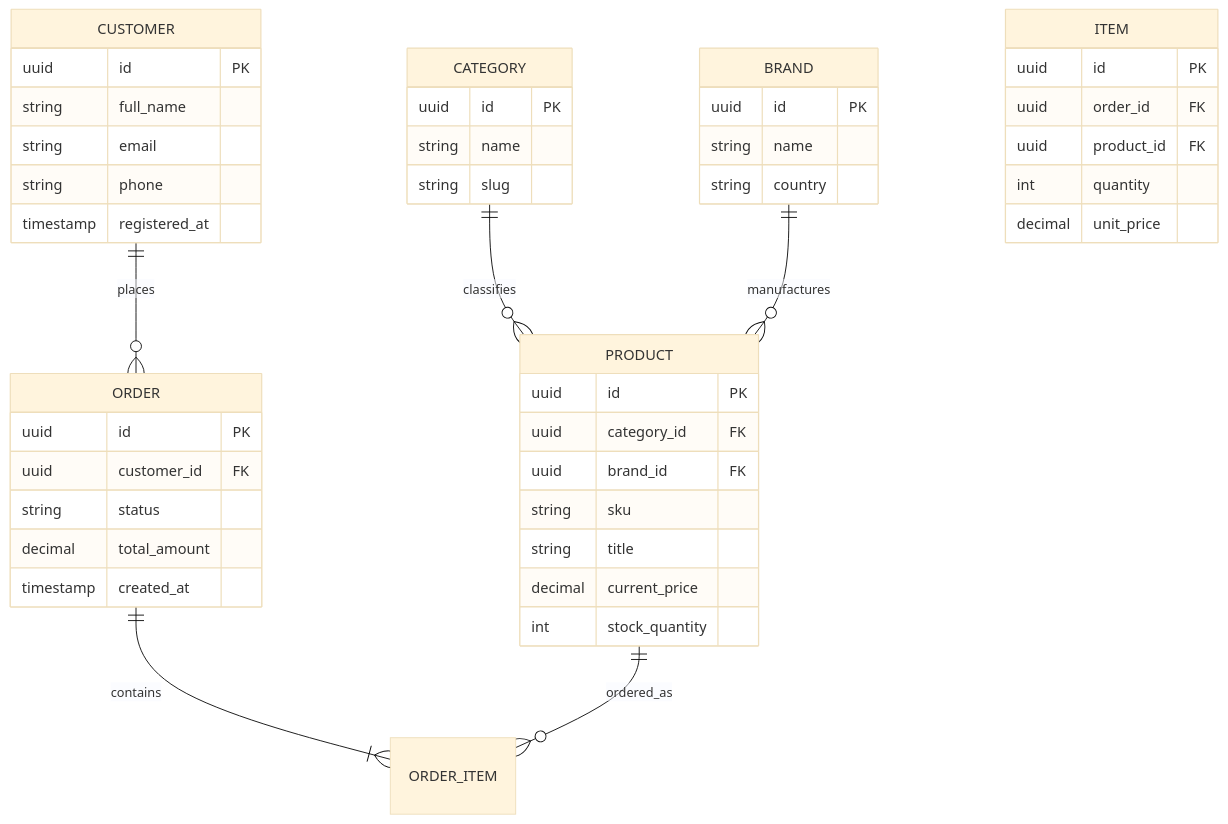
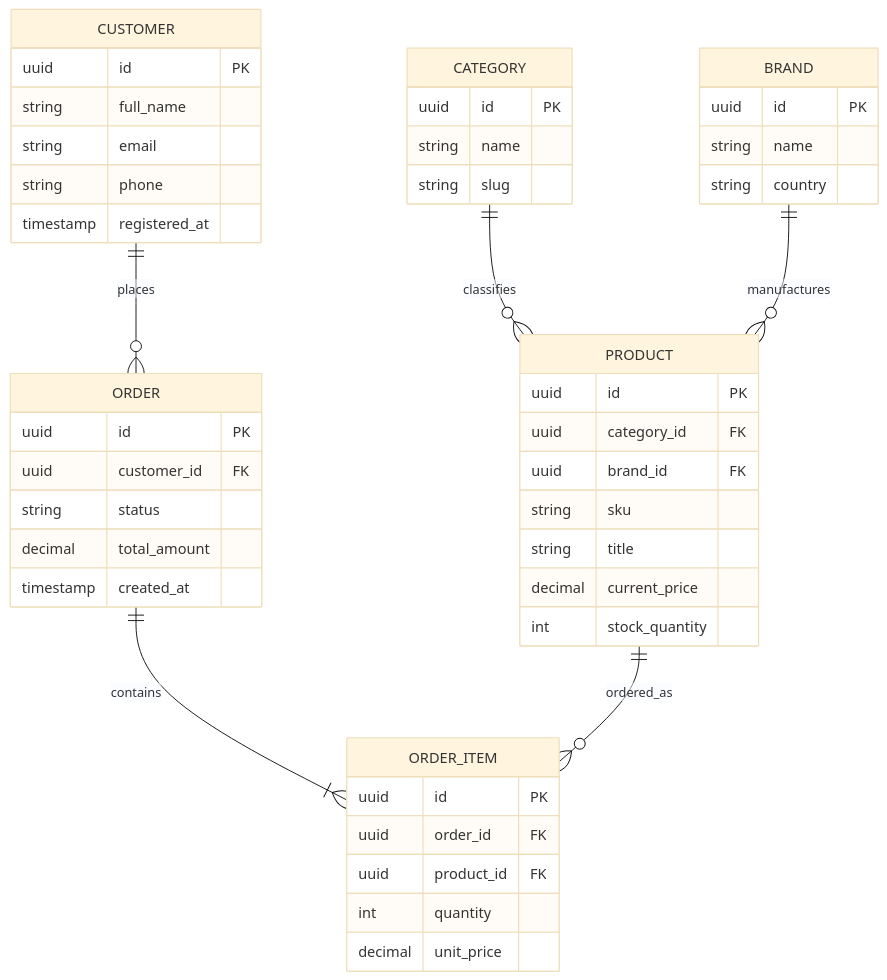
The diagram in diagram.mmd (AlegZabivnoy/Software-engineering-components-2-), drawn with Mermaid (base theme) before and after one commit.

Commit message:
fix(diagram): correct order_item syntax

```diff
--- a/diagram.mmd
+++ b/diagram.mmd
@@ -1,53 +1,53 @@
 erDiagram
 
-CUSTOMER ||--o{  ORDER : places
+CUSTOMER ||--o{ ORDER : places
 ORDER ||--|{ ORDER_ITEM : contains
 PRODUCT ||--o{ ORDER_ITEM : ordered_as
 CATEGORY ||--o{ PRODUCT : classifies
 BRAND ||--o{ PRODUCT : manufactures
 
 CUSTOMER {
     uuid id PK
     string full_name
     string email
     string phone
     timestamp registered_at
 }
 
 ORDER {
     uuid id PK
     uuid customer_id FK
     string status
     decimal total_amount
     timestamp created_at
 }
 
-ORDER ITEM {
+ORDER_ITEM {
     uuid id PK
     uuid order_id FK
     uuid product_id FK
     int quantity
     decimal unit_price
 }
 
 PRODUCT {
     uuid id PK
     uuid category_id FK
     uuid brand_id FK
     string sku
     string title
     decimal current_price
     int stock_quantity
 }
 
 CATEGORY {
     uuid id PK
     string name
     string slug
 }
 
 BRAND {
     uuid id PK
     string name
     string country
 }
```
